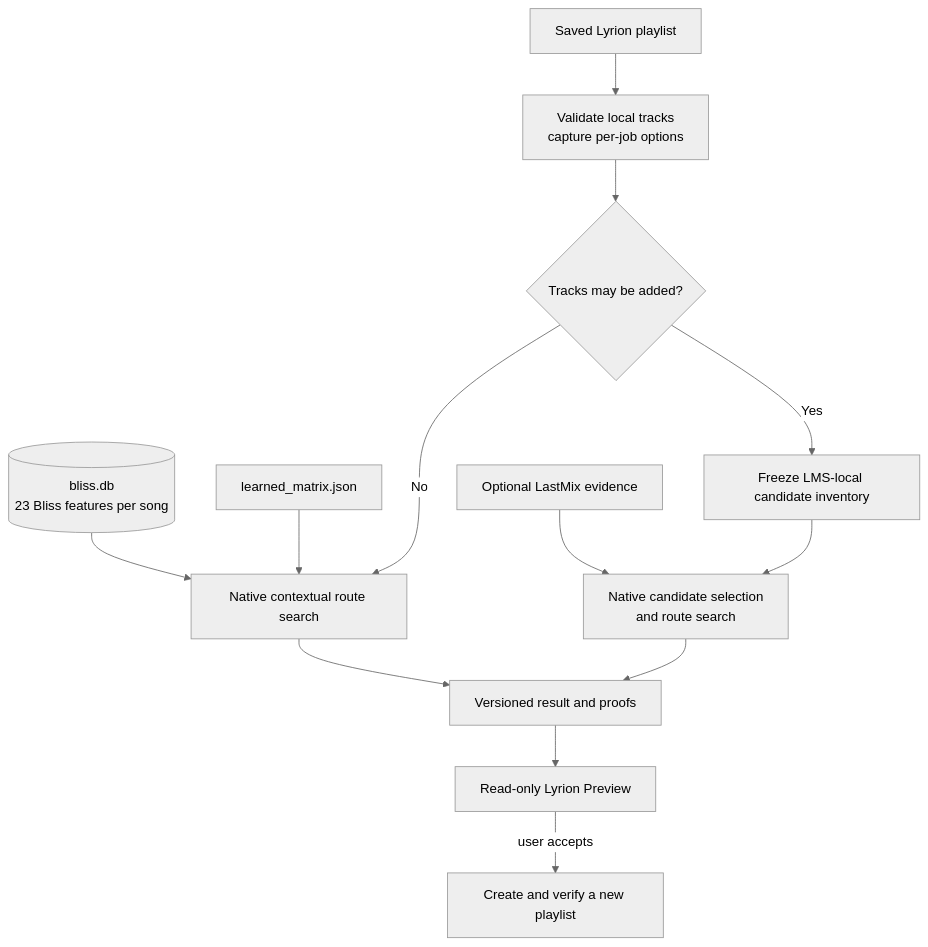
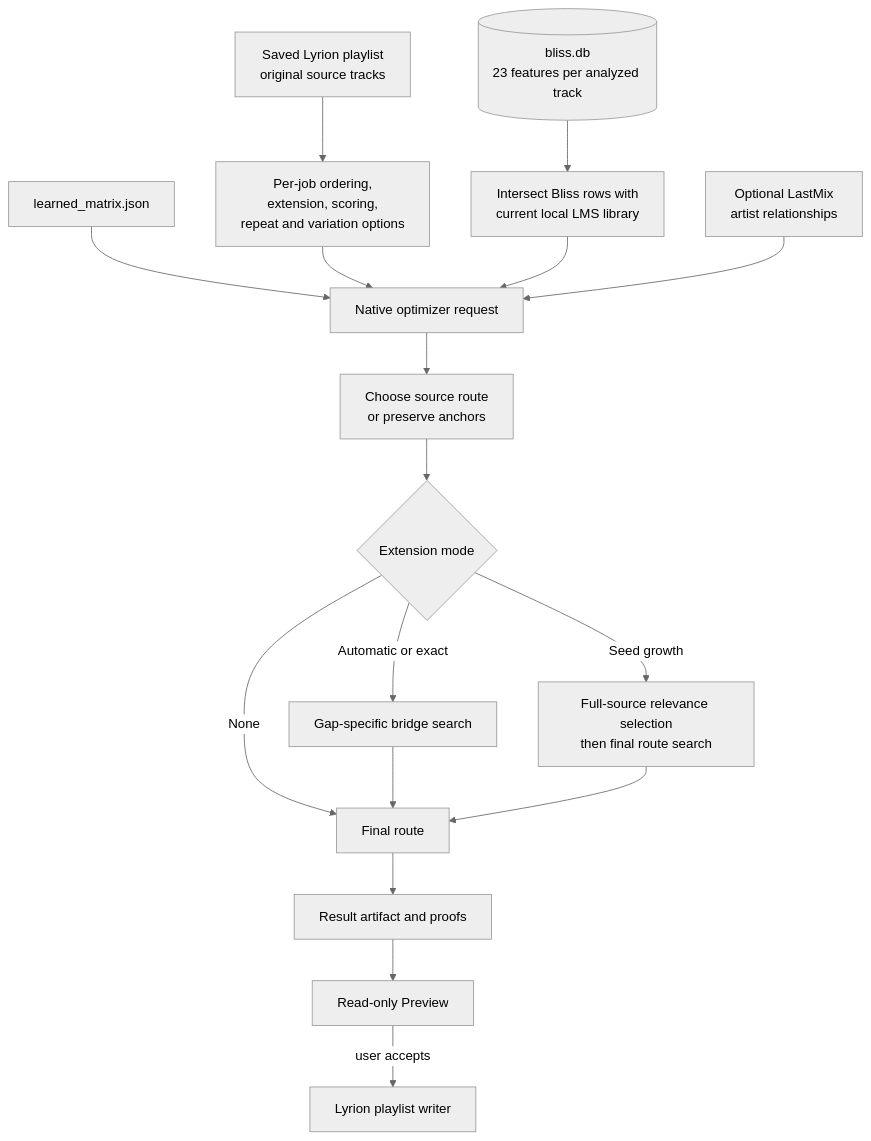
The first of 6 diagrams in ALGORITHMS.md (chrober/lms-better-call-bliss), drawn with Mermaid (neutral theme) before and after one commit. The commit also changed other lines of this file, not shown here.

Commit message:
docs: explain playlist strategies for listeners

```diff
--- a/ALGORITHMS.md
+++ b/ALGORITHMS.md
@@ -41,15 +102,19 @@
 ~~~mermaid
 flowchart TD
-    A["Saved Lyrion playlist"] --> B["Validate local tracks<br/>capture per-job options"]
-    DB[("bliss.db<br/>23 Bliss features per song")] --> C
-    M["learned_matrix.json"] --> C
-    B --> D{"Tracks may be added?"}
-    D -- No --> C["Native contextual route search"]
-    D -- Yes --> I["Freeze LMS-local candidate inventory"]
-    L["Optional LastMix evidence"] --> E
-    I --> E["Native candidate selection<br/>and route search"]
-    C --> R["Versioned result and proofs"]
-    E --> R
-    R --> P["Read-only Lyrion Preview"]
-    P -->|"user accepts"| W["Create and verify a new playlist"]
+    P["Saved Lyrion playlist<br/>original source tracks"] --> O["Per-job ordering,<br/>extension, scoring,<br/>repeat and variation options"]
+    DB[("bliss.db<br/>23 features per analyzed track")] --> I["Intersect Bliss rows with<br/>current local LMS library"]
+    M["learned_matrix.json"] --> N
+    O --> N["Native optimizer request"]
+    I --> N
+    L["Optional LastMix<br/>artist relationships"] --> N
+    N --> S["Choose source route<br/>or preserve anchors"]
+    S --> X{"Extension mode"}
+    X -- None --> R["Final route"]
+    X -- Automatic or exact --> B["Gap-specific bridge search"]
+    X -- Seed growth --> G["Full-source relevance selection<br/>then final route search"]
+    B --> R
+    G --> R
+    R --> V["Result artifact and proofs"]
+    V --> Q["Read-only Preview"]
+    Q -->|"user accepts"| W["Lyrion playlist writer"]
 ~~~
```
